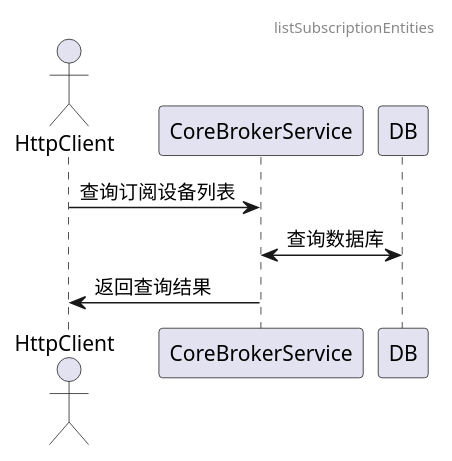
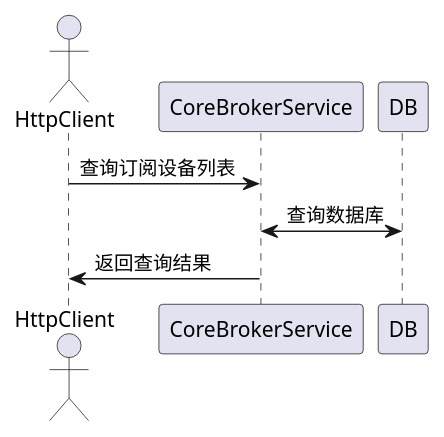
Before and after one commit to tkeel-io/docs: the third of 9 diagrams in docs/api/appendix/plantuml/core_broker.md, drawn with PlantUML. The commit also changed other lines of this file and 2 other files, not shown here.

````diff
--- a/docs/api/appendix/plantuml/core_broker.md
+++ b/docs/api/appendix/plantuml/core_broker.md
@@ -36,13 +34,11 @@
 ```plantuml
 @startuml
-header listSubscriptionEntities
-
 actor HttpClient
 participant CoreBrokerService
 participant DB
 
 HttpClient->CoreBrokerService:查询订阅设备列表
 CoreBrokerService<->DB:查询数据库
 CoreBrokerService->HttpClient:返回查询结果
 @enduml
 ```
````
